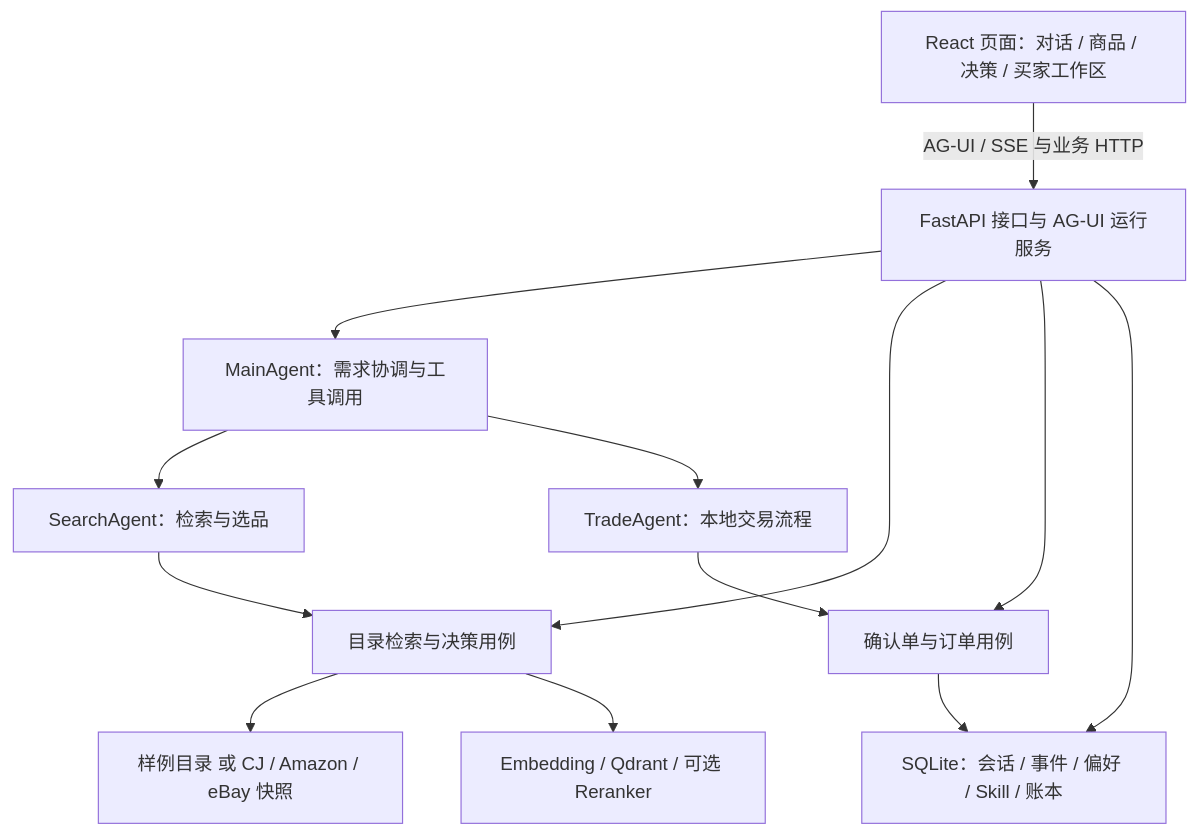
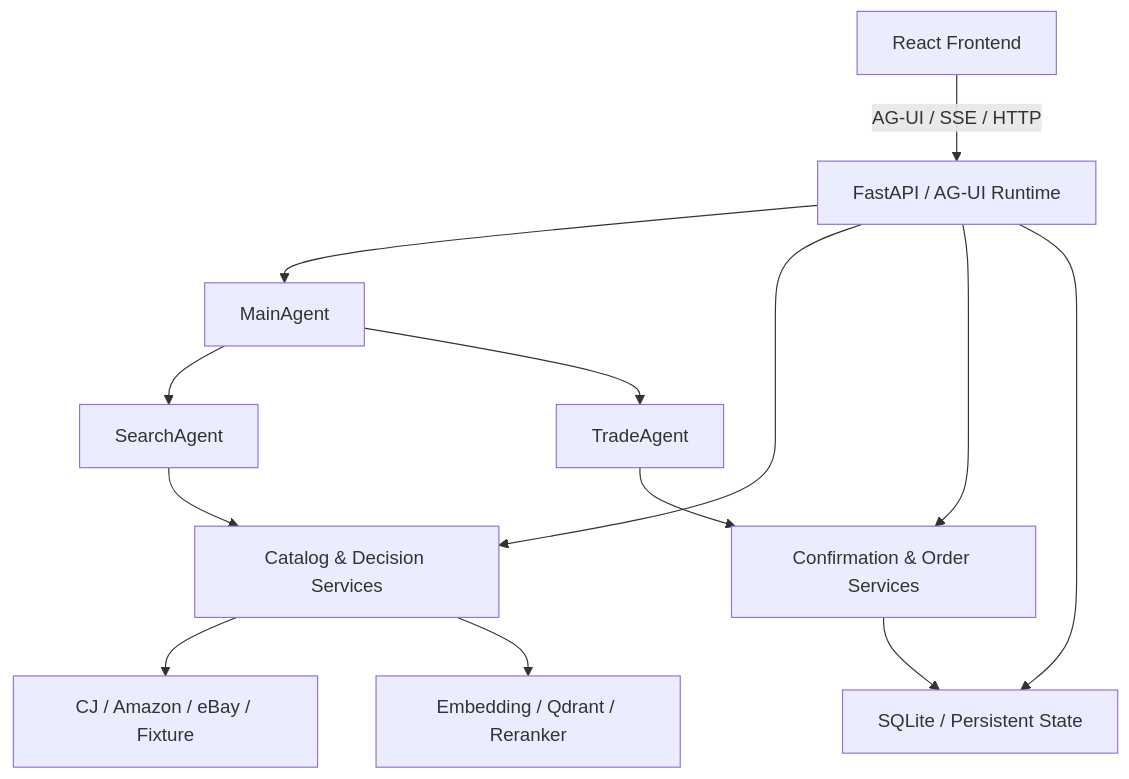
Before and after one commit to yzhsqq/Findora: the second of 2 diagrams in README.md, drawn with Mermaid. The commit also changed other lines of this file, not shown here.

````diff
--- a/README.md
+++ b/README.md
@@ -173,25 +412,34 @@
 ```mermaid
 flowchart TD
-    UI[React 页面：对话 / 商品 / 决策 / 买家工作区]
-    API[FastAPI 接口与 AG-UI 运行服务]
-    Main[MainAgent：需求协调与工具调用]
-    Search[SearchAgent：检索与选品]
-    Trade[TradeAgent：本地交易流程]
-    Catalog[目录检索与决策用例]
-    Confirm[确认单与订单用例]
-    Sources[样例目录 或 CJ / Amazon / eBay 快照]
-    Retrieval[Embedding / Qdrant / 可选 Reranker]
-    State[SQLite：会话 / 事件 / 偏好 / Skill / 账本]
-    UI -->|AG-UI / SSE 与业务 HTTP| API
+    UI["React Frontend"]
+    API["FastAPI / AG-UI Runtime"]
+
+    Main["MainAgent"]
+    Search["SearchAgent"]
+    Trade["TradeAgent"]
+
+    Catalog["Catalog & Decision Services"]
+    Order["Confirmation & Order Services"]
+
+    Sources["CJ / Amazon / eBay / Fixture"]
+    Retrieval["Embedding / Qdrant / Reranker"]
+    Storage["SQLite / Persistent State"]
+
+    UI -->|"AG-UI / SSE / HTTP"| API
+
     API --> Main
     API --> Catalog
-    API --> Confirm
+    API --> Order
+
     Main --> Search
     Main --> Trade
+
     Search --> Catalog
-    Trade --> Confirm
+    Trade --> Order
+
     Catalog --> Sources
     Catalog --> Retrieval
-    API --> State
-    Confirm --> State
+
+    API --> Storage
+    Order --> Storage
 ```
````
